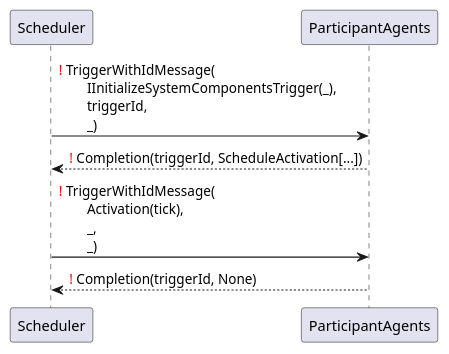
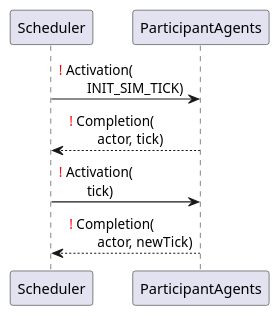
The diagram in docs/uml/protocol/ParticipantTriggeredByItself.puml (ie3-institute/simona), drawn with PlantUML before and after one commit.

Commit message:
Remove TriggerWithIDMessage() and triggerIDs from Completion

```diff
--- a/docs/uml/protocol/ParticipantTriggeredByItself.puml
+++ b/docs/uml/protocol/ParticipantTriggeredByItself.puml
@@ -1,6 +1,6 @@
 @startuml
-Scheduler -> ParticipantAgents: <font color=red>!</font> TriggerWithIdMessage(\n\tIInitializeSystemComponentsTrigger(_),\n\ttriggerId,\n\t_)
-ParticipantAgents --> Scheduler: <font color=red>!</font> Completion(triggerId, ScheduleActivation[...])
-Scheduler -> ParticipantAgents: <font color=red>!</font> TriggerWithIdMessage(\n\tActivation(tick),\n\t_,\n\t_)
-ParticipantAgents --> Scheduler: <font color=red>!</font> Completion(triggerId, None)
+Scheduler -> ParticipantAgents: <font color=red>!</font> Activation(\n\tINIT_SIM_TICK)
+ParticipantAgents --> Scheduler: <font color=red>!</font> Completion(\n\tactor, tick)
+Scheduler -> ParticipantAgents: <font color=red>!</font> Activation(\n\ttick)
+ParticipantAgents --> Scheduler: <font color=red>!</font> Completion(\n\tactor, newTick)
 @enduml
```
